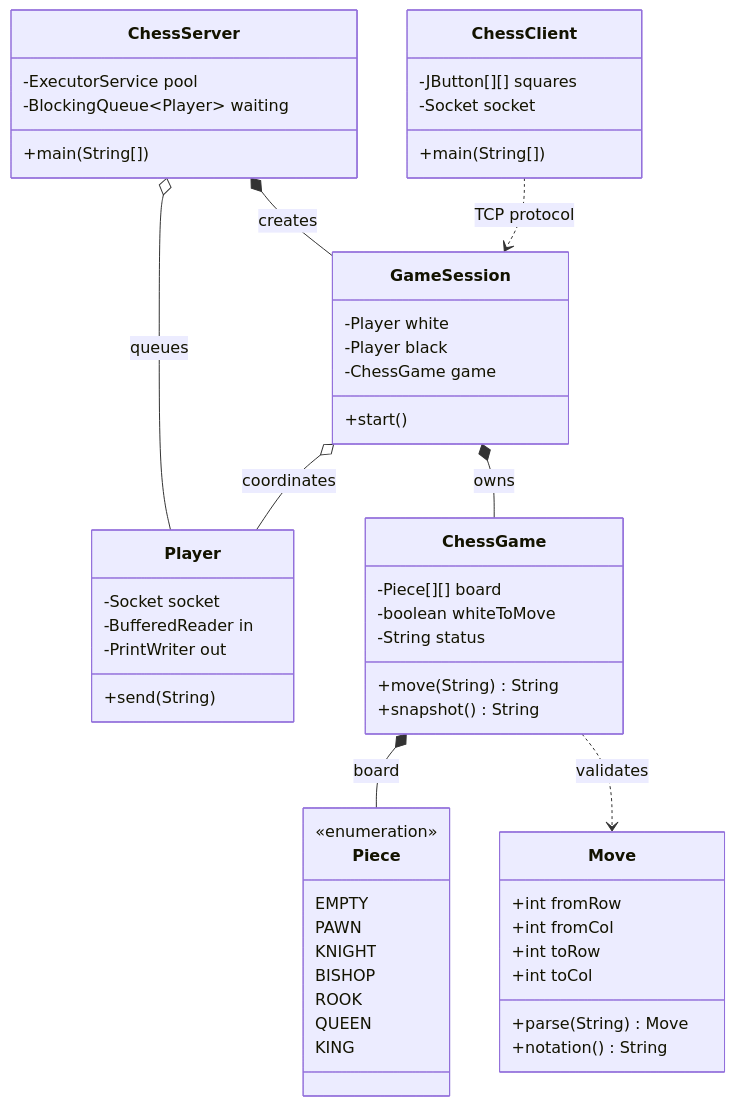
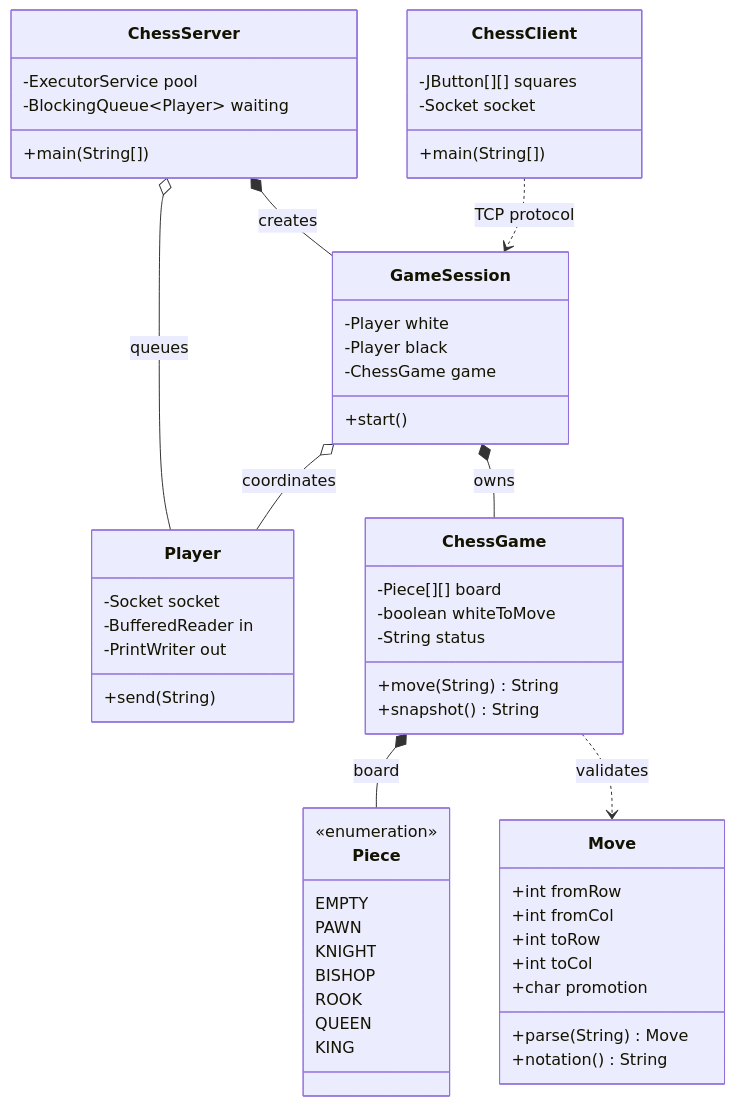
The first of 2 diagrams in docs/OBJECT_ORIENTED_METHODOLOGY.md (LooninS/multiplayer-chess-java), drawn with Mermaid before and after one commit. The commit also changed other lines of this file and 8 other files, not shown here.

````diff
--- a/docs/OBJECT_ORIENTED_METHODOLOGY.md
+++ b/docs/OBJECT_ORIENTED_METHODOLOGY.md
@@ -216,58 +212,59 @@
 ```mermaid
 classDiagram
     class ChessServer {
         -ExecutorService pool
         -BlockingQueue~Player~ waiting
         +main(String[])
     }
     class GameSession {
         -Player white
         -Player black
         -ChessGame game
         +start()
     }
     class Player {
         -Socket socket
         -BufferedReader in
         -PrintWriter out
         +send(String)
     }
     class ChessGame {
         -Piece[][] board
         -boolean whiteToMove
         -String status
         +move(String) String
         +snapshot() String
     }
     class Move {
         +int fromRow
         +int fromCol
         +int toRow
         +int toCol
+        +char promotion
         +parse(String) Move
         +notation() String
     }
     class Piece {
         <<enumeration>>
         EMPTY
         PAWN
         KNIGHT
         BISHOP
         ROOK
         QUEEN
         KING
     }
     class ChessClient {
         -JButton[][] squares
         -Socket socket
         +main(String[])
     }
 
     ChessServer o-- Player : queues
     ChessServer *-- GameSession : creates
     GameSession *-- ChessGame : owns
     GameSession o-- Player : coordinates
     ChessGame *-- Piece : board
     ChessGame ..> Move : validates
     ChessClient ..> GameSession : TCP protocol
 ```
````
